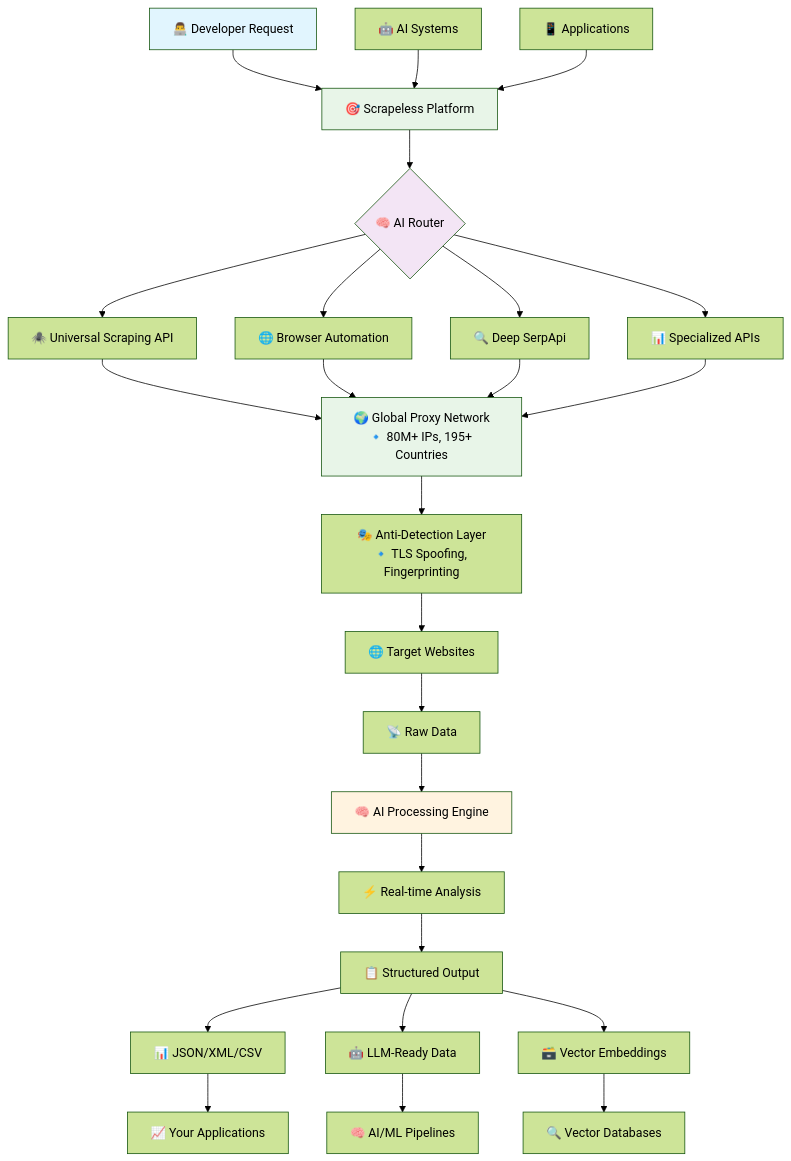
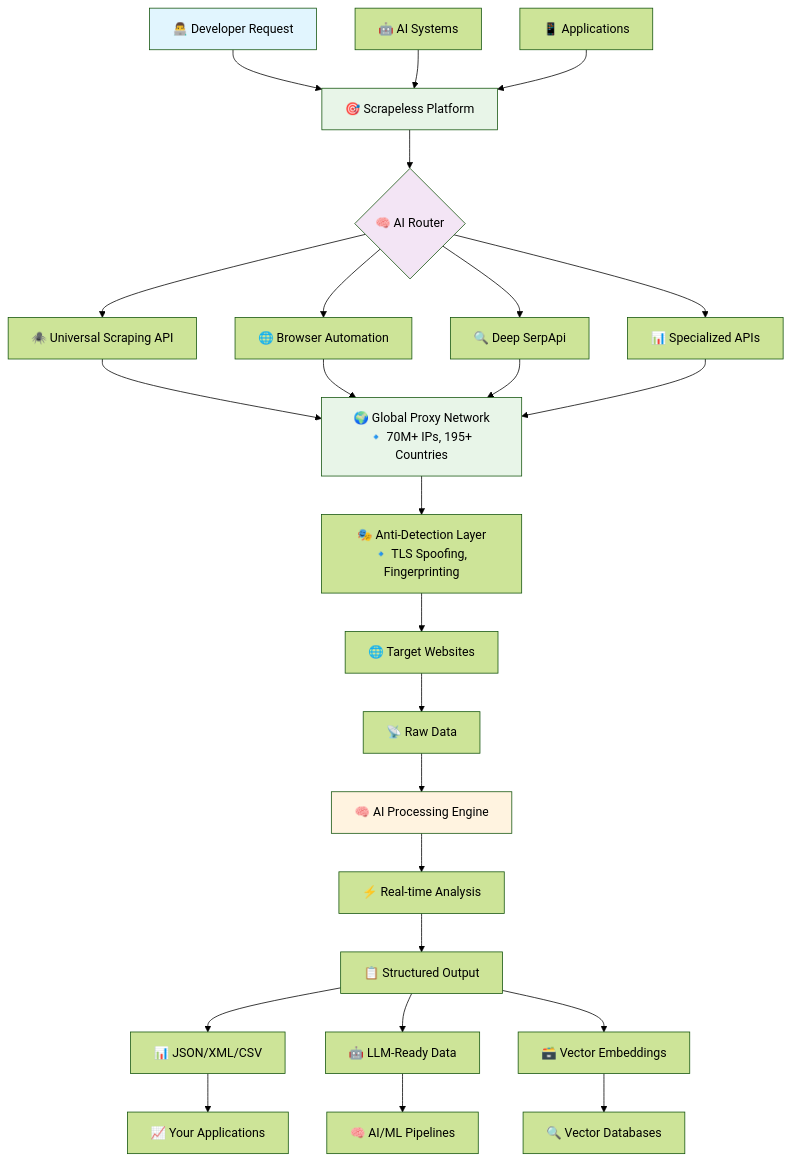
Before and after one commit to itsOwen/scrapeless: the second of 10 diagrams in README.md, drawn with Mermaid (forest theme). The commit also changed other lines of this file, not shown here.

````diff
--- a/README.md
+++ b/README.md
@@ -116,40 +116,40 @@
 ```mermaid
 flowchart TD
     A[👨‍💻 Developer Request] --> B[🎯 Scrapeless Platform]
     C[🤖 AI Systems] --> B
     D[📱 Applications] --> B
     
     B --> E{🧠 AI Router}
     
     E --> F[🕷️ Universal Scraping API]
     E --> G[🌐 Browser Automation] 
     E --> H[🔍 Deep SerpApi]
     E --> I[📊 Specialized APIs]
     
-    F --> J[🌍 Global Proxy Network<br/>🔹 80M+ IPs, 195+ Countries]
+    F --> J[🌍 Global Proxy Network<br/>🔹 70M+ IPs, 195+ Countries]
     G --> J
     H --> J
     I --> J
     
     J --> K[🎭 Anti-Detection Layer<br/>🔹 TLS Spoofing, Fingerprinting]
     K --> L[🌐 Target Websites]
     
     L --> M[📡 Raw Data]
     M --> N[🧠 AI Processing Engine]
     N --> O[⚡ Real-time Analysis]
     O --> P[📋 Structured Output]
     
     P --> Q[📊 JSON/XML/CSV]
     P --> R[🤖 LLM-Ready Data]
     P --> S[🗃️ Vector Embeddings]
     
     Q --> T[📈 Your Applications]
     R --> U[🧠 AI/ML Pipelines]
     S --> V[🔍 Vector Databases]
     
     style A fill:#e1f5fe
     style B fill:#e8f5e8
     style E fill:#f3e5f5
     style J fill:#e8f5e8
     style N fill:#fff3e0
 ```
````
